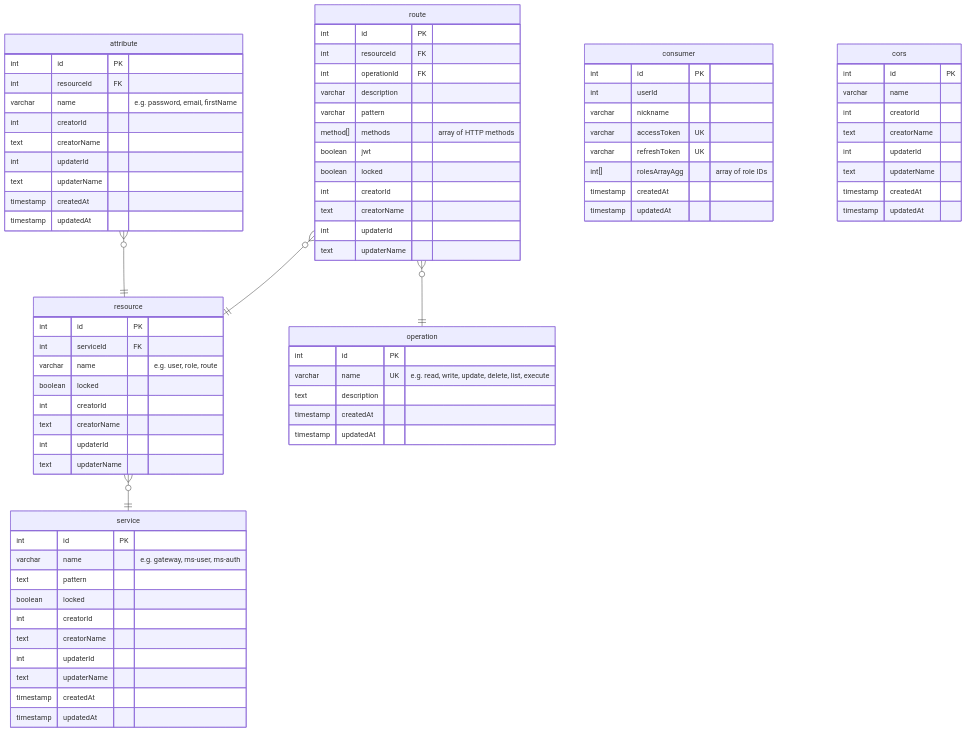
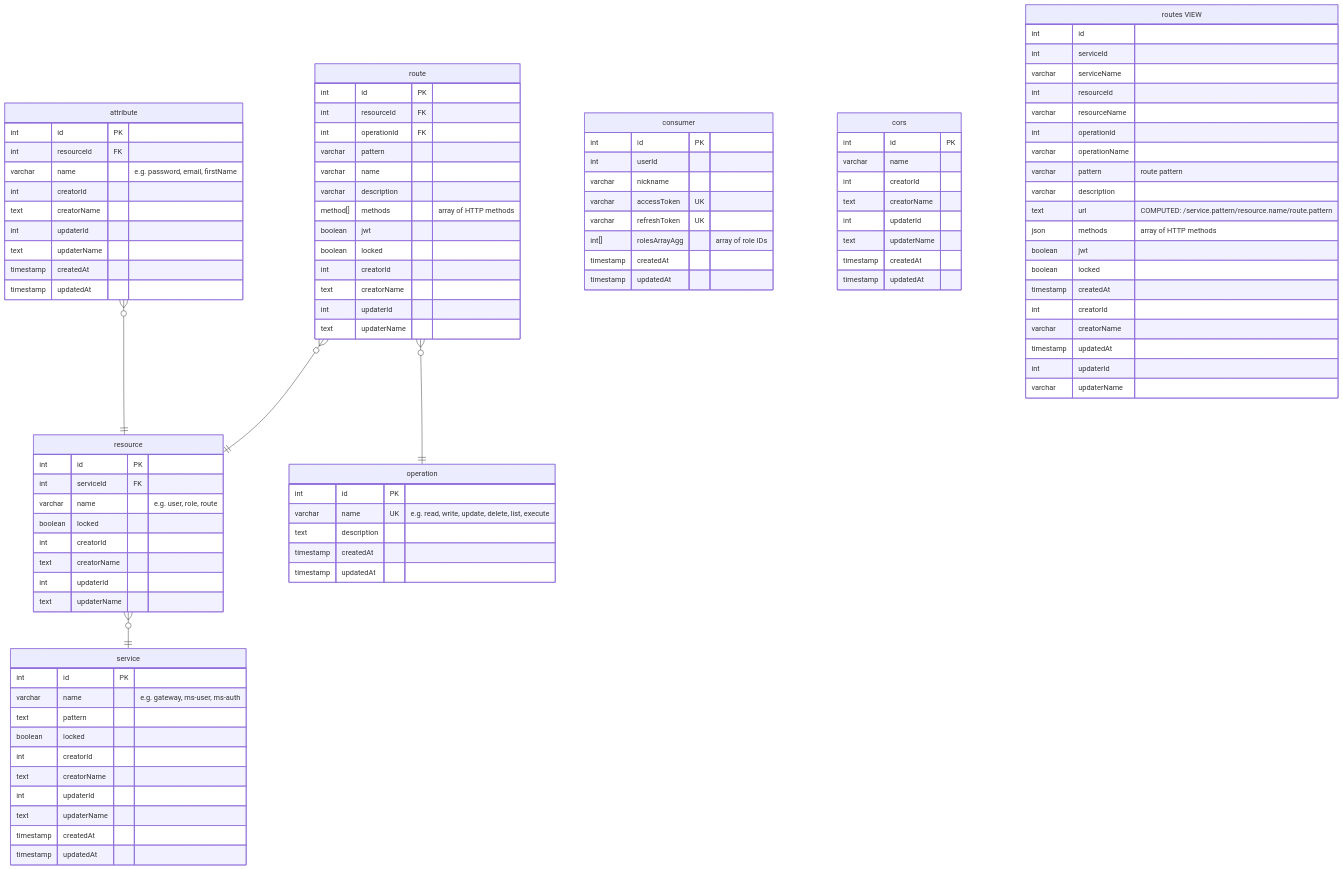
The diagram in doc/erd.md (ALTEN-group/Gatelin), drawn with Mermaid before and after one commit. The commit also changed 20 other files, not shown here.

Commit message:
feat(routes): add name field to route configuration

```diff
--- a/doc/erd.md
+++ b/doc/erd.md
@@ -61,8 +61,9 @@
     int id PK
     int resourceId FK
     int operationId FK
+    varchar pattern
+    varchar name
     varchar description
-    varchar pattern
     method[] methods "array of HTTP methods"
     boolean jwt
     boolean locked
@@ -70,6 +71,28 @@
     text creatorName
     int updaterId
     text updaterName
+  }
+
+  routes["routes VIEW"] {
+    int id
+    int serviceId
+    varchar serviceName
+    int resourceId
+    varchar resourceName
+    int operationId
+    varchar operationName
+    varchar pattern "route pattern"
+    varchar description
+    text url "COMPUTED: /service.pattern/resource.name/route.pattern"
+    json methods "array of HTTP methods"
+    boolean jwt
+    boolean locked
+    timestamp createdAt
+    int creatorId
+    varchar creatorName
+    timestamp updatedAt
+    int updaterId
+    varchar updaterName
   }
 
   operation {
```
